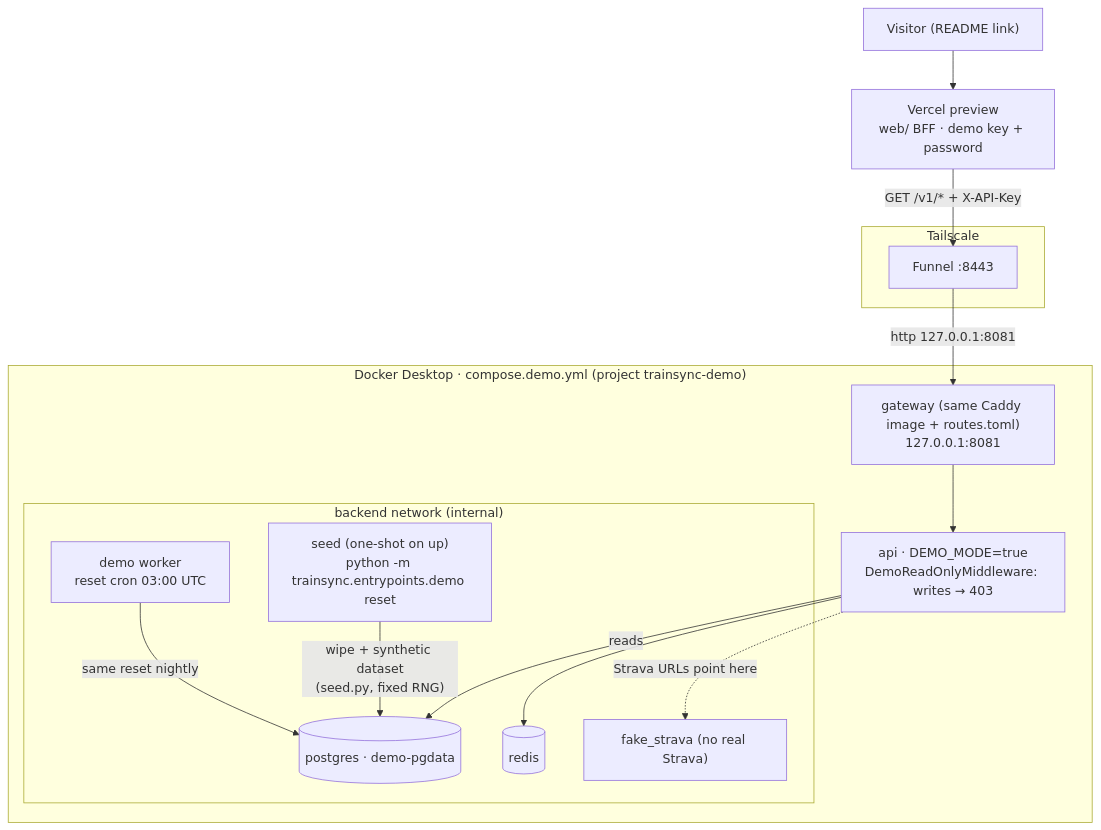
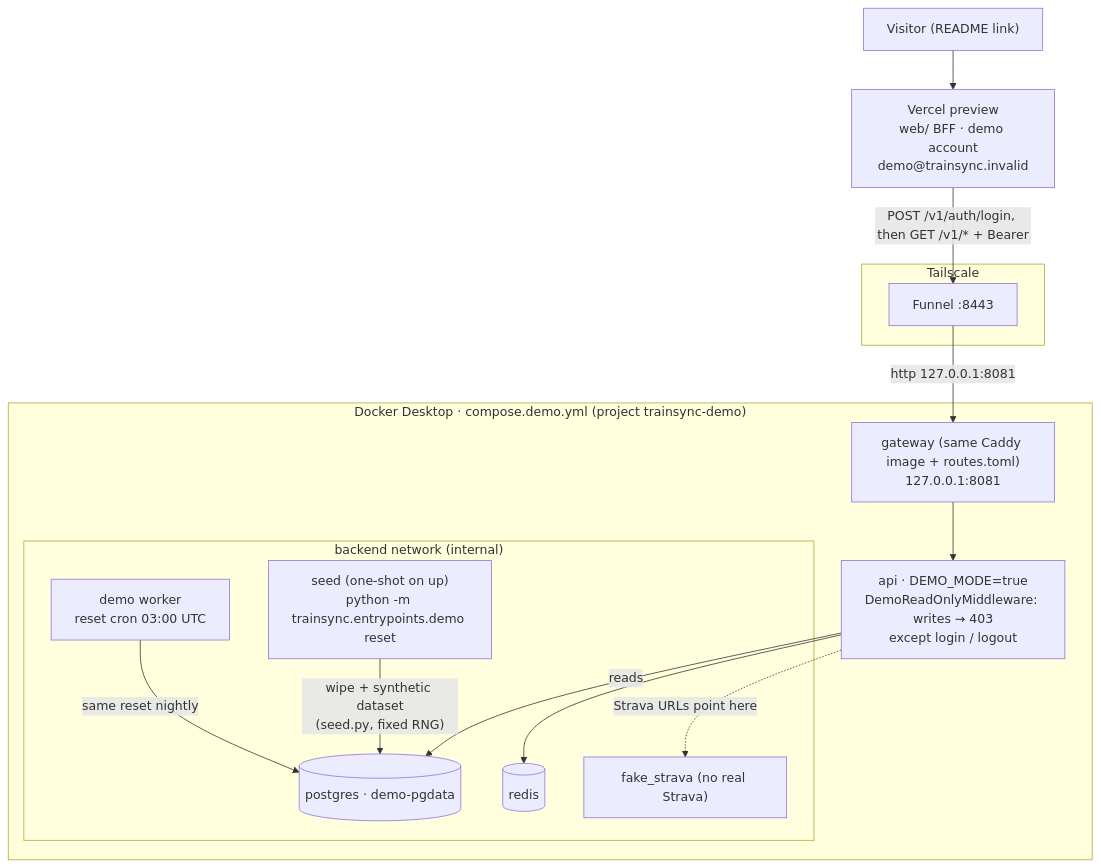
Before and after one commit to umutaydins/trainsync: diagram 28 of 34 in docs/diagrams.md, drawn with Mermaid. The commit also changed other lines of this file and 8 other files, not shown here.

Commit message:
P8.8 docs: accounts, Telegram linking, auth modes, tenancy data model, diagrams (ER, components, sign-up/login and /link sequences), env tables, Strava athlete capacity, layout; the bot links on the dashboard's /start CODE deep link

````diff
--- a/docs/diagrams.md
+++ b/docs/diagrams.md
@@ -1371,31 +1512,31 @@
 ```mermaid
 flowchart TB
     visitor["Visitor (README link)"]
-    preview["Vercel preview<br/>web/ BFF · demo key + password"]
+    preview["Vercel preview<br/>web/ BFF · demo account<br/>demo@trainsync.invalid"]
 
     subgraph ts["Tailscale"]
         funnel["Funnel :8443"]
     end
 
     subgraph dd["Docker Desktop · compose.demo.yml (project trainsync-demo)"]
         gw["gateway (same Caddy image + routes.toml)<br/>127.0.0.1:8081"]
-        api["api · DEMO_MODE=true<br/>DemoReadOnlyMiddleware: writes → 403"]
+        api["api · DEMO_MODE=true<br/>DemoReadOnlyMiddleware: writes → 403<br/>except login / logout"]
         subgraph backend["backend network (internal)"]
             pg[("postgres · demo-pgdata")]
             rd[("redis")]
             fs["fake_strava (no real Strava)"]
             worker["demo worker<br/>reset cron 03:00 UTC"]
             seed["seed (one-shot on up)<br/>python -m trainsync.entrypoints.demo reset"]
         end
     end
 
     visitor --> preview
-    preview -- "GET /v1/* + X-API-Key" --> funnel
+    preview -- "POST /v1/auth/login, then GET /v1/* + Bearer" --> funnel
     funnel -- "http 127.0.0.1:8081" --> gw
     gw --> api
     api -- "reads" --> pg
     api --> rd
     seed -- "wipe + synthetic dataset<br/>(seed.py, fixed RNG)" --> pg
     worker -- "same reset nightly" --> pg
     api -. "Strava URLs point here" .-> fs
 ```
````
